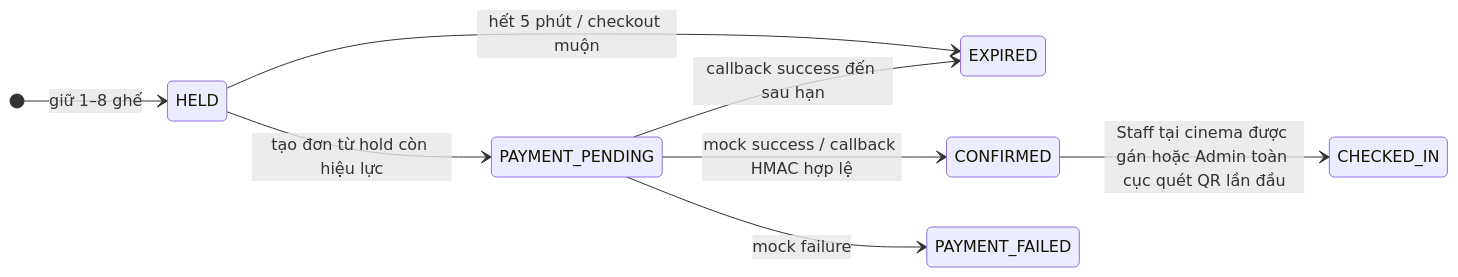
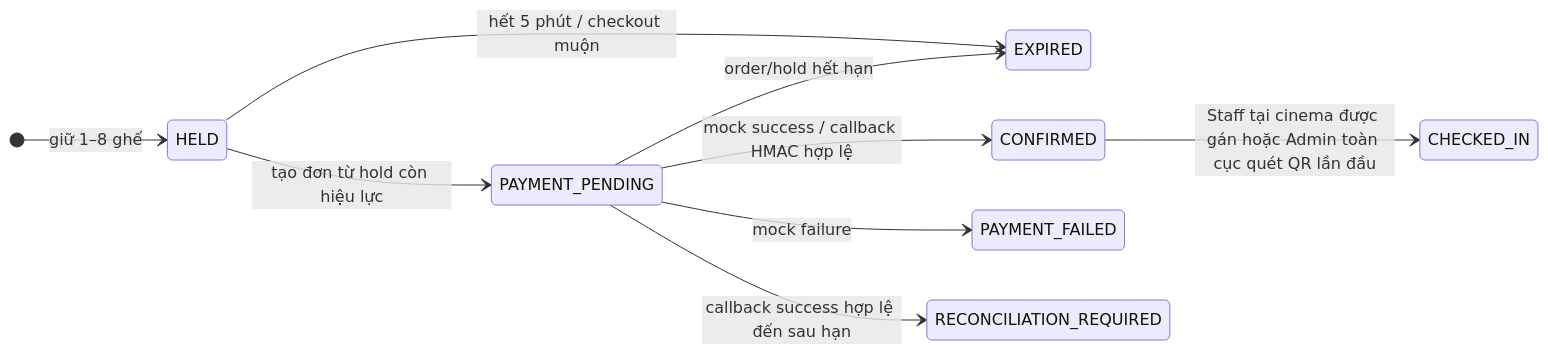
The third of 4 diagrams in docs/08-architecture.md (mahTuqn/DGKD_GK), drawn with Mermaid before and after one commit. The commit also changed other lines of this file and 27 other files, not shown here.

````diff
--- a/docs/08-architecture.md
+++ b/docs/08-architecture.md
@@ -157,11 +180,12 @@
 ```mermaid
 stateDiagram-v2
   direction LR
   [*] --> HELD: giữ 1–8 ghế
   HELD --> EXPIRED: hết 5 phút / checkout muộn
   HELD --> PAYMENT_PENDING: tạo đơn từ hold còn hiệu lực
   PAYMENT_PENDING --> CONFIRMED: mock success / callback HMAC hợp lệ
   PAYMENT_PENDING --> PAYMENT_FAILED: mock failure
-  PAYMENT_PENDING --> EXPIRED: callback success đến sau hạn
+  PAYMENT_PENDING --> EXPIRED: order/hold hết hạn
+  PAYMENT_PENDING --> RECONCILIATION_REQUIRED: callback success hợp lệ đến sau hạn
   CONFIRMED --> CHECKED_IN: Staff tại cinema được gán hoặc Admin toàn cục quét QR lần đầu
 ```
````
